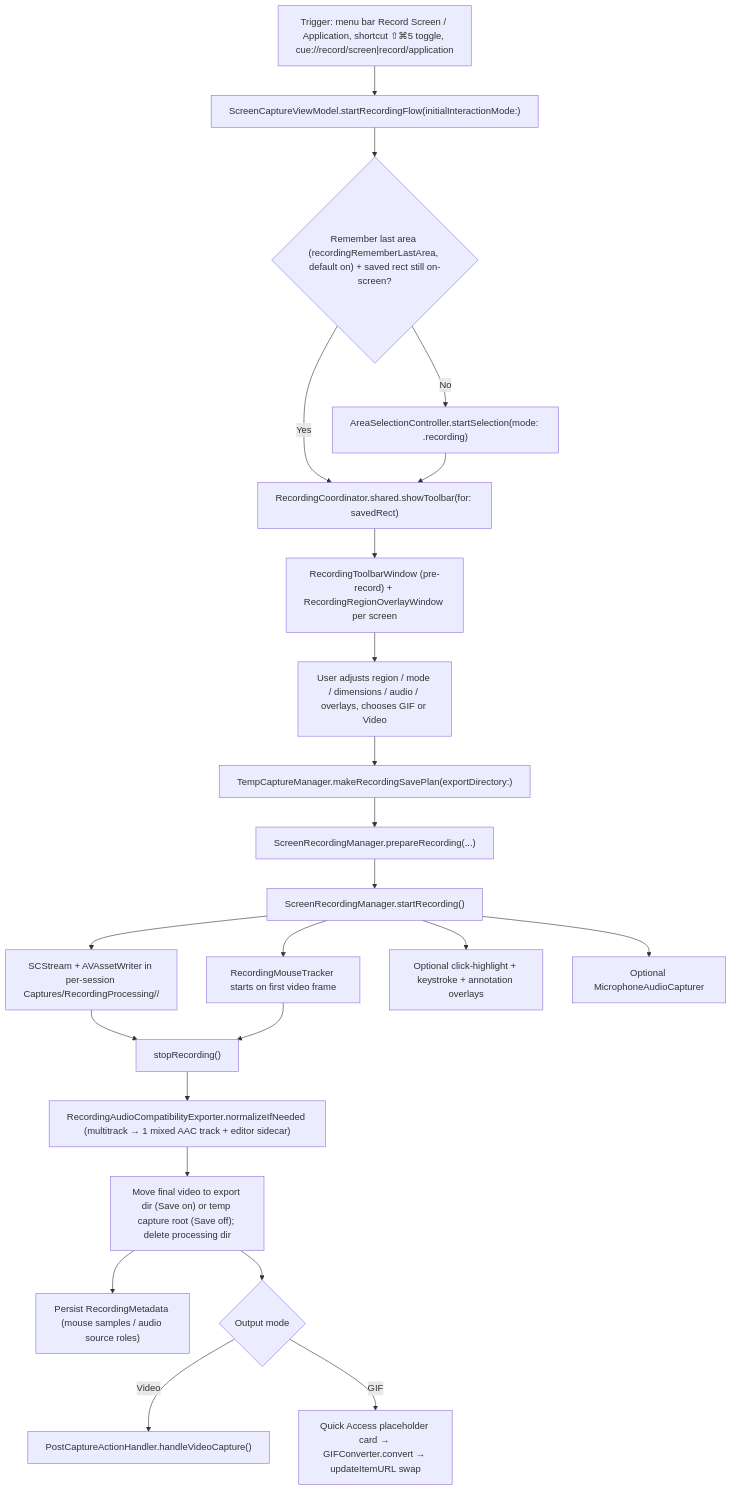
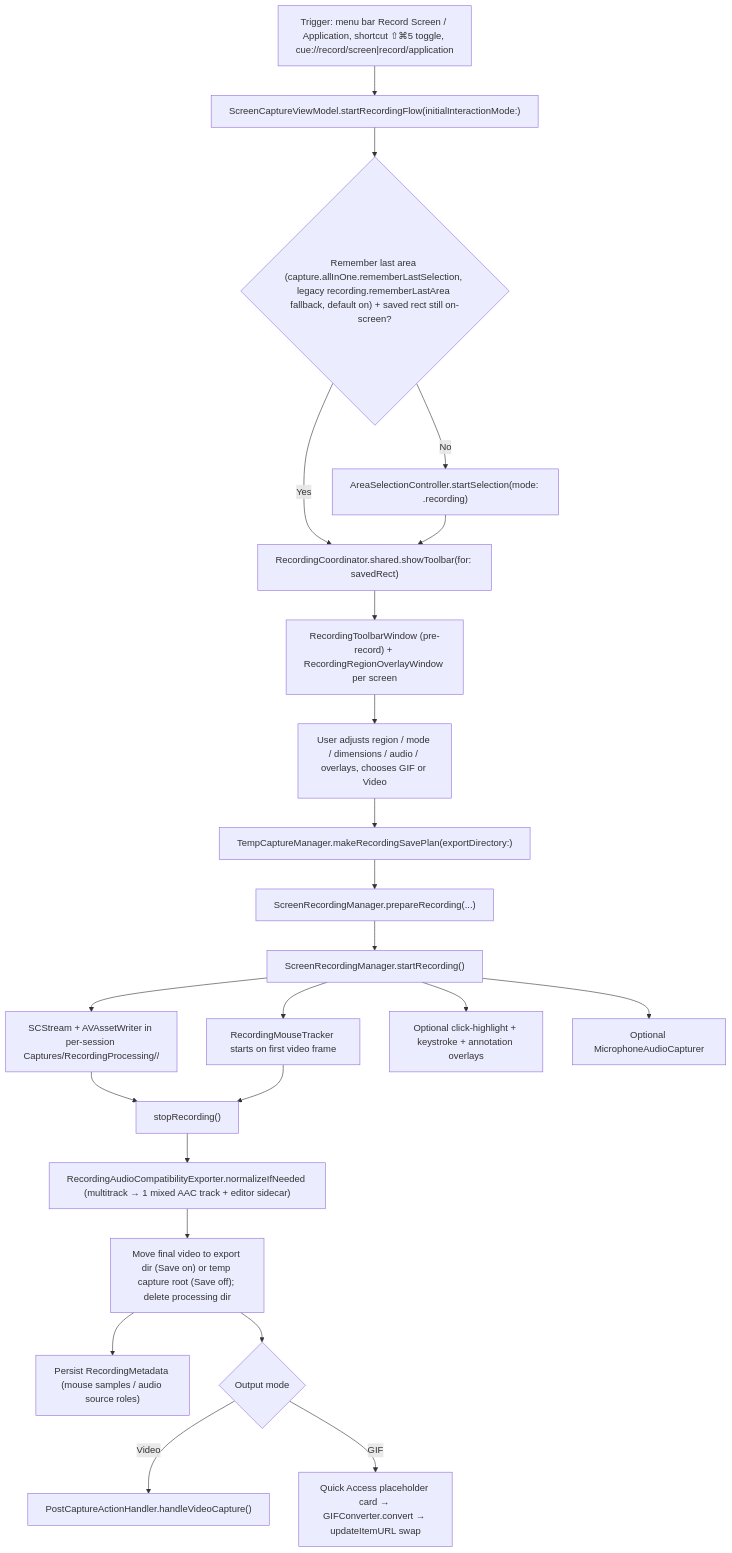
The diagram in docs/RECORDING.md (mourato/Cue), drawn with Mermaid before and after one commit. The commit also changed other lines of this file and 20 other files, not shown here.

First line of the commit message:
feat(capture): share remembered area across capture flows

````diff
--- a/docs/RECORDING.md
+++ b/docs/RECORDING.md
@@ -7,28 +7,28 @@
 ```mermaid
 flowchart TD
     A["Trigger: menu bar Record Screen / Application, shortcut ⇧⌘5 toggle, cue://record/screen|record/application"] --> B["ScreenCaptureViewModel.startRecordingFlow(initialInteractionMode:)"]
-    B --> C{"Remember last area (recordingRememberLastArea, default on) + saved rect still on-screen?"}
+    B --> C{"Remember last area (capture.allInOne.rememberLastSelection, legacy recording.rememberLastArea fallback, default on) + saved rect still on-screen?"}
     C -->|Yes| D["RecordingCoordinator.shared.showToolbar(for: savedRect)"]
     C -->|No| E["AreaSelectionController.startSelection(mode: .recording)"]
     E --> D
 
     D --> F["RecordingToolbarWindow (pre-record) + RecordingRegionOverlayWindow per screen"]
     F --> G["User adjusts region / mode / dimensions / audio / overlays, chooses GIF or Video"]
     G --> H["TempCaptureManager.makeRecordingSavePlan(exportDirectory:)"]
     H --> I["ScreenRecordingManager.prepareRecording(...)"]
     I --> J["ScreenRecordingManager.startRecording()"]
 
     J --> K["SCStream + AVAssetWriter in per-session Captures/RecordingProcessing/<UUID>/"]
     J --> L["RecordingMouseTracker starts on first video frame"]
     J --> M["Optional click-highlight + keystroke + annotation overlays"]
     J --> N["Optional MicrophoneAudioCapturer"]
 
     K --> O["stopRecording()"]
     L --> O
     O --> P["RecordingAudioCompatibilityExporter.normalizeIfNeeded (multitrack → 1 mixed AAC track + editor sidecar)"]
     P --> Q["Move final video to export dir (Save on) or temp capture root (Save off); delete processing dir"]
     Q --> R["Persist RecordingMetadata (mouse samples / audio source roles)"]
     Q --> S{"Output mode"}
     S -->|Video| T["PostCaptureActionHandler.handleVideoCapture()"]
     S -->|GIF| U["Quick Access placeholder card → GIFConverter.convert → updateItemURL swap"]
 ```
````
